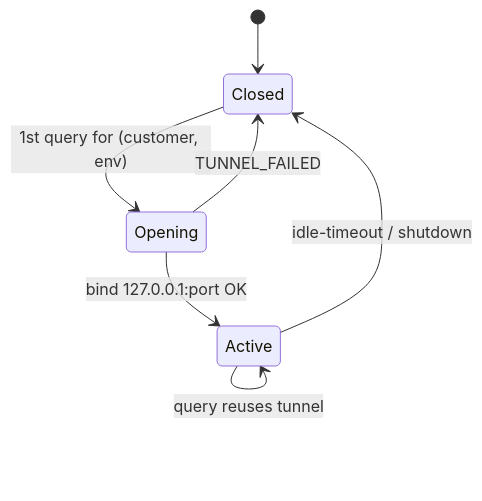
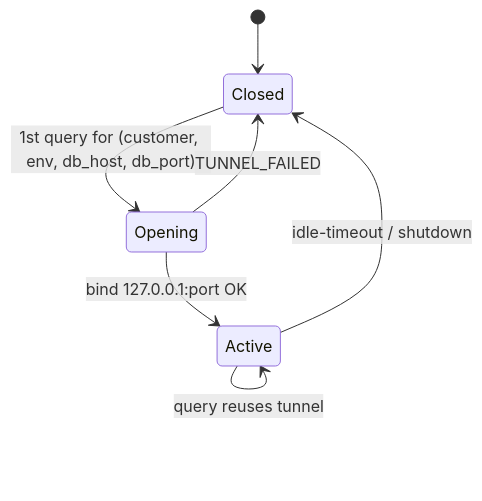
The second of 2 diagrams in docs/en/FDD-db-mcp-server.md (gwdmnn/keyward-mcp-server), drawn with Mermaid before and after one commit. The commit also changed other lines of this file and 19 other files, not shown here.

````diff
--- a/docs/en/FDD-db-mcp-server.md
+++ b/docs/en/FDD-db-mcp-server.md
@@ -131,9 +131,9 @@
 ```mermaid
 stateDiagram-v2
     [*] --> Closed
-    Closed --> Opening: 1st query for (customer, env)
+    Closed --> Opening: 1st query for (customer, env, db_host, db_port)
     Opening --> Active: bind 127.0.0.1:port OK
     Opening --> Closed: TUNNEL_FAILED
     Active --> Active: query reuses tunnel
     Active --> Closed: idle-timeout / shutdown
 ```
````
